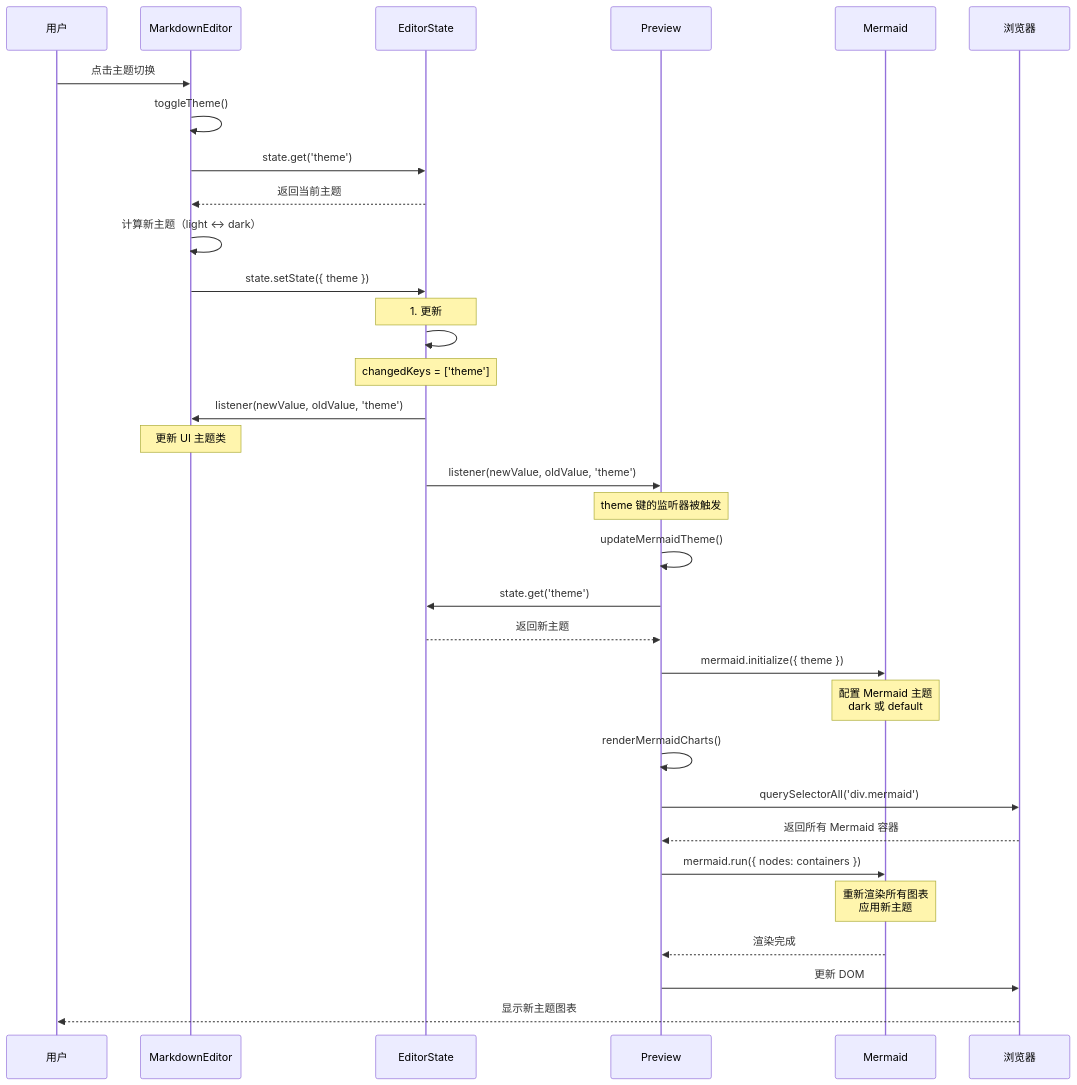
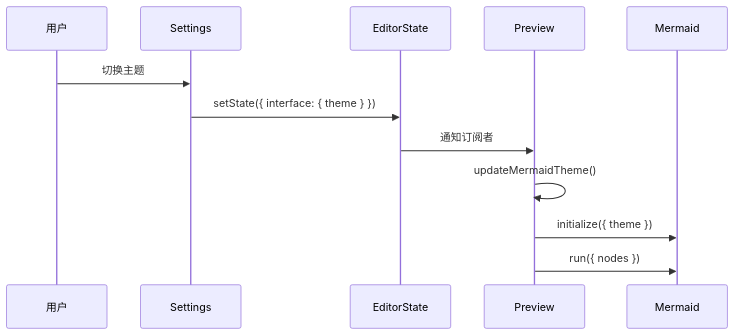
The fourth of 9 diagrams in docs/preview.md (ZCShou/markdown), drawn with Mermaid before and after one commit. The commit also changed other lines of this file and 1 other file, not shown here.

Commit message:
docs: refine architecture and preview documentation with persistence and rendering details

````diff
--- a/docs/preview.md
+++ b/docs/preview.md
@@ -329,50 +328,15 @@
 ```mermaid
 sequenceDiagram
     participant User as 用户
-    participant Editor as MarkdownEditor
+    participant Settings as Settings
     participant State as EditorState
     participant Preview as Preview
     participant Mermaid as Mermaid
-    participant Browser as 浏览器
 
-    User->>Editor: 点击主题切换
-    Editor->>Editor: toggleTheme()
-    
-    Editor->>State: state.get('theme')
-    State-->>Editor: 返回当前主题
-    
-    Editor->>Editor: 计算新主题（light ↔ dark）
-    
-    Editor->>State: state.setState({ theme })
-    Note over State: 1. 更新 #state.theme<br/>2. 检查变化<br/>3. 调用 #notify()
-    
-    State->>State: #notify(oldState, newState, changedKeys)
-    Note over State: changedKeys = ['theme']
-    
-    State->>Editor: listener(newValue, oldValue, 'theme')
-    Note over Editor: 更新 UI 主题类
-    
-    State->>Preview: listener(newValue, oldValue, 'theme')
-    Note over Preview: theme 键的监听器被触发
-    
+    User->>Settings: 切换主题
+    Settings->>State: setState({ interface: { theme } })
+    State->>Preview: 通知订阅者
     Preview->>Preview: updateMermaidTheme()
-    
-    Preview->>State: state.get('theme')
-    State-->>Preview: 返回新主题
-    
-    Preview->>Mermaid: mermaid.initialize({ theme })
-    Note over Mermaid: 配置 Mermaid 主题<br/>dark 或 default
-    
-    Preview->>Preview: renderMermaidCharts()
-    
-    Preview->>Browser: querySelectorAll('div.mermaid')
-    Browser-->>Preview: 返回所有 Mermaid 容器
-    
-    Preview->>Mermaid: mermaid.run({ nodes: containers })
-    Note over Mermaid: 重新渲染所有图表<br/>应用新主题
-    
-    Mermaid-->>Preview: 渲染完成
-    
-    Preview->>Browser: 更新 DOM
-    Browser-->>User: 显示新主题图表
+    Preview->>Mermaid: initialize({ theme })
+    Preview->>Mermaid: run({ nodes })
 ```
````
